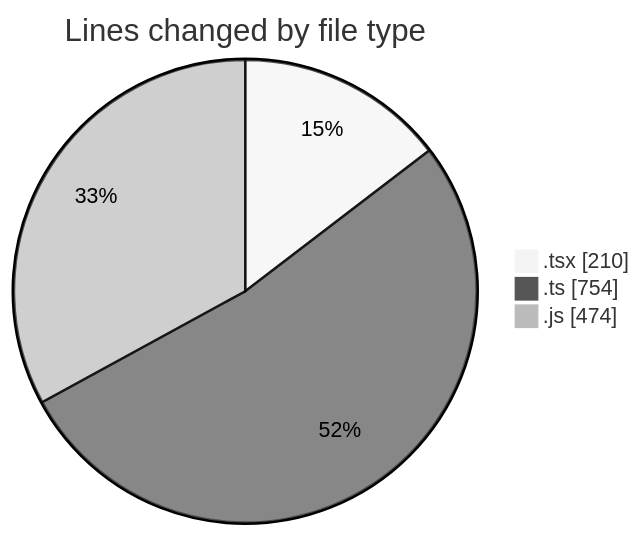
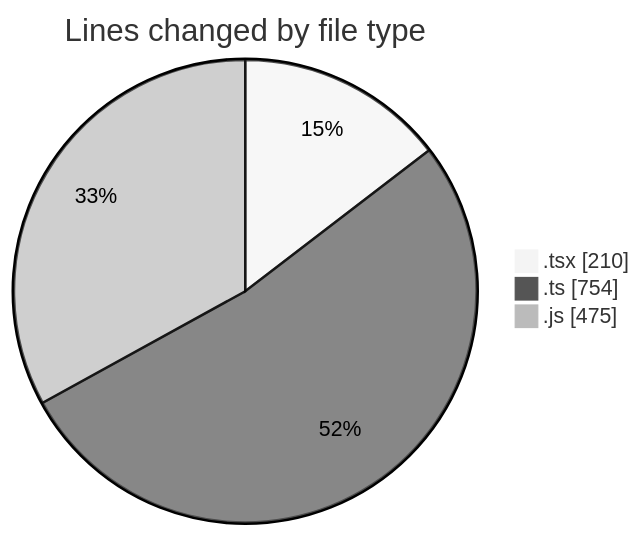
Before and after one commit to momahboobian/code-tracking: the first of 2 diagrams in 2026-06-01/cda/README.md, drawn with Mermaid (neutral theme). The commit also changed other lines of this file and 1 other file, not shown here.

````diff
--- a/2026-06-01/cda/README.md
+++ b/2026-06-01/cda/README.md
@@ -34,7 +34,7 @@
 ```mermaid
 pie showData
 title Lines changed by file type
 ".tsx" : 210
 ".ts" : 754
-".js" : 474
+".js" : 475
 ```
````
